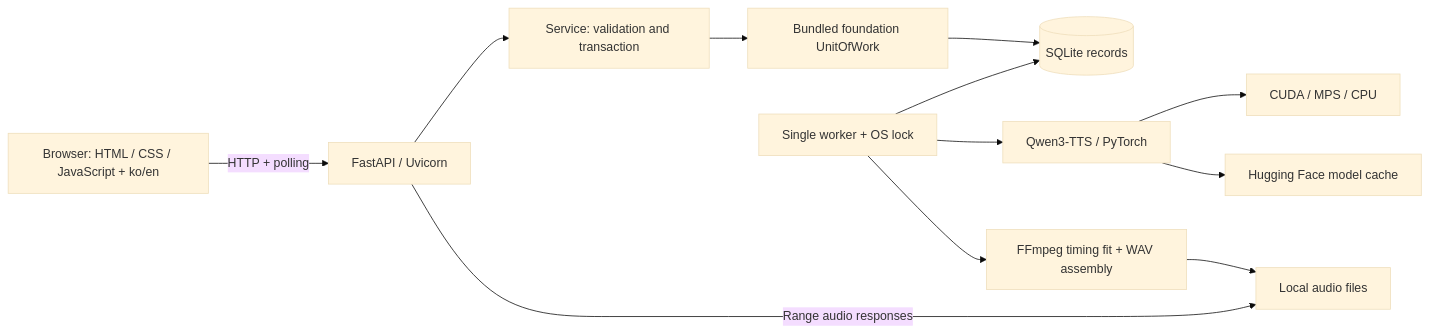
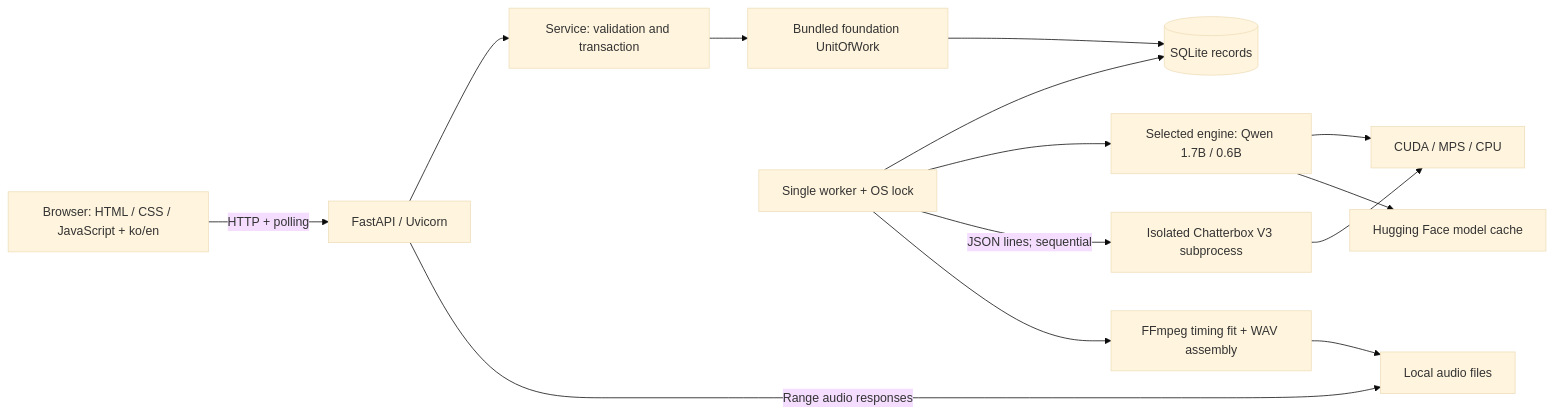
Before and after one commit to devmrko/OwnVoice: the diagram in docs/architecture.md, drawn with Mermaid (base theme). The commit also changed other lines of this file and 21 other files, not shown here.

Commit message:
Add selectable Qwen lightweight and isolated Chatterbox engines

````diff
--- a/docs/architecture.md
+++ b/docs/architecture.md
@@ -6,14 +6,16 @@
 ```mermaid
 flowchart LR
   Browser[Browser: HTML / CSS / JavaScript + ko/en] -->|HTTP + polling| Web[FastAPI / Uvicorn]
   Web --> Service[Service: validation and transaction]
   Service --> Foundation[Bundled foundation UnitOfWork]
   Foundation --> DB[(SQLite records)]
   Worker[Single worker + OS lock] --> DB
-  Worker --> Engine[Qwen3-TTS / PyTorch]
+  Worker --> Engine[Selected engine: Qwen 1.7B / 0.6B]
+  Worker -->|JSON lines; sequential| Chatterbox[Isolated Chatterbox V3 subprocess]
+  Chatterbox --> Device
   Engine --> Device[CUDA / MPS / CPU]
   Engine --> Cache[Hugging Face model cache]
   Worker --> Audio[FFmpeg timing fit + WAV assembly]
   Audio --> Files[Local audio files]
   Web -->|Range audio responses| Files
 ```
````
